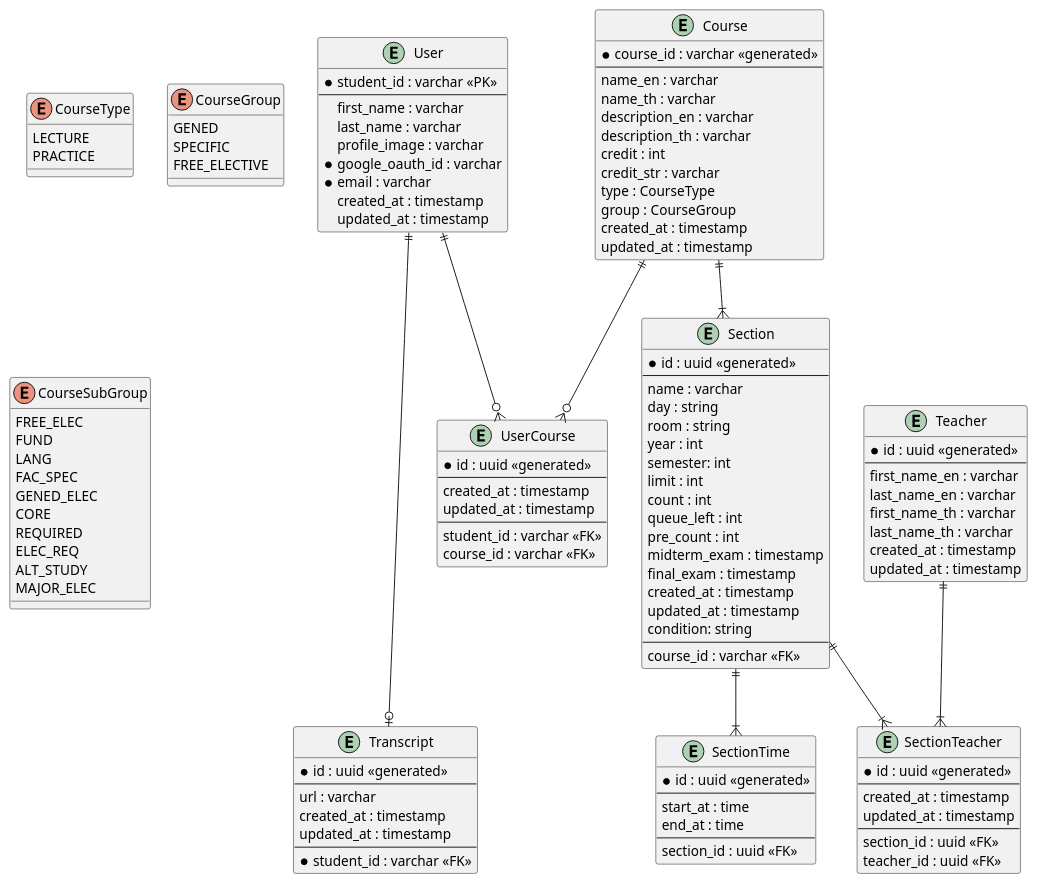
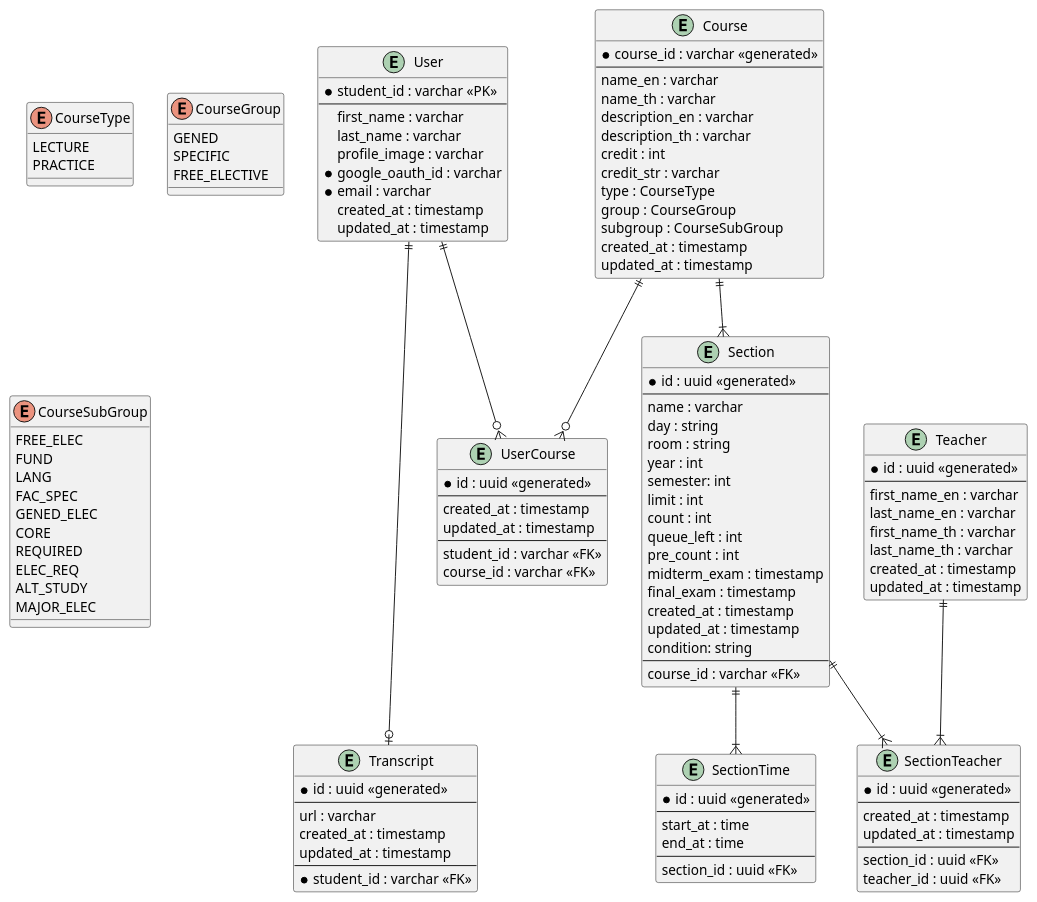
Before and after one commit to REG-Helper/REG-Helper-Solution: the diagram in er-diagram/er.plantuml, drawn with PlantUML. The commit also changed 1 other file, not shown here.

Commit message:
feat: add subgroup in er

```diff
--- a/er-diagram/er.plantuml
+++ b/er-diagram/er.plantuml
@@ -1,133 +1,134 @@
 @startuml REG_Helper_ER
 
 entity User {
   * student_id : varchar <<PK>>
   --
   first_name : varchar
   last_name : varchar
   profile_image : varchar
   * google_oauth_id : varchar
   * email : varchar
   created_at : timestamp
   updated_at : timestamp
 }
 
 entity Transcript {
   * id : uuid <<generated>>
   --
   url : varchar
   created_at : timestamp
   updated_at : timestamp
   --
   * student_id : varchar <<FK>>
 }
 
 entity Course {
   * course_id : varchar <<generated>>
   --
   name_en : varchar
   name_th : varchar
   description_en : varchar
   description_th : varchar
   credit : int
   credit_str : varchar
   type : CourseType
   group : CourseGroup
+  subgroup : CourseSubGroup
   created_at : timestamp
   updated_at : timestamp
 }
 
 entity Section {
   * id : uuid <<generated>>
   --
   name : varchar
   day : string
   room : string
   year : int
   semester: int
   limit : int 
   count : int
   queue_left : int
   pre_count : int
   midterm_exam : timestamp
   final_exam : timestamp 
   created_at : timestamp
   updated_at : timestamp
   condition: string
   --
   course_id : varchar <<FK>>
 }
 
 entity SectionTime {
   * id : uuid <<generated>>
   --
   start_at : time
   end_at : time
   --
   section_id : uuid <<FK>>
 }
 
 entity Teacher {
   * id : uuid <<generated>>
   --
   first_name_en : varchar
   last_name_en : varchar
   first_name_th : varchar
   last_name_th : varchar
   created_at : timestamp
   updated_at : timestamp
 }
 
 entity SectionTeacher {
   * id : uuid <<generated>>
   --
   created_at : timestamp
   updated_at : timestamp
   --
   section_id : uuid <<FK>>
   teacher_id : uuid <<FK>>
 }
 
 entity UserCourse {
   * id : uuid <<generated>>
   --
   created_at : timestamp
   updated_at : timestamp
   --
   student_id : varchar <<FK>>
   course_id : varchar <<FK>>
 }
 
 enum CourseType {
   LECTURE
   PRACTICE
 }
 
 enum CourseGroup {
   GENED
   SPECIFIC
   FREE_ELECTIVE
 }
 
 enum CourseSubGroup {
   FREE_ELEC
   FUND
   LANG
   FAC_SPEC
   GENED_ELEC
   CORE
   REQUIRED
   ELEC_REQ
   ALT_STUDY
   MAJOR_ELEC
 }
 
 User ||---o| Transcript
 Course ||--|{ Section
 Section ||--|{ SectionTeacher
 Section ||--|{ SectionTime
 Teacher ||--|{ SectionTeacher
 User ||--o{ UserCourse
 Course ||--o{ UserCourse
 
 @enduml
```
